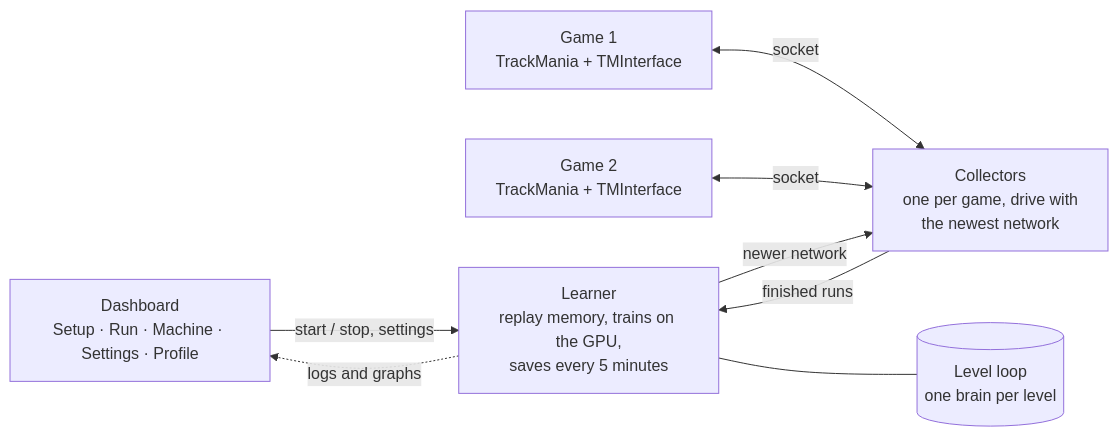
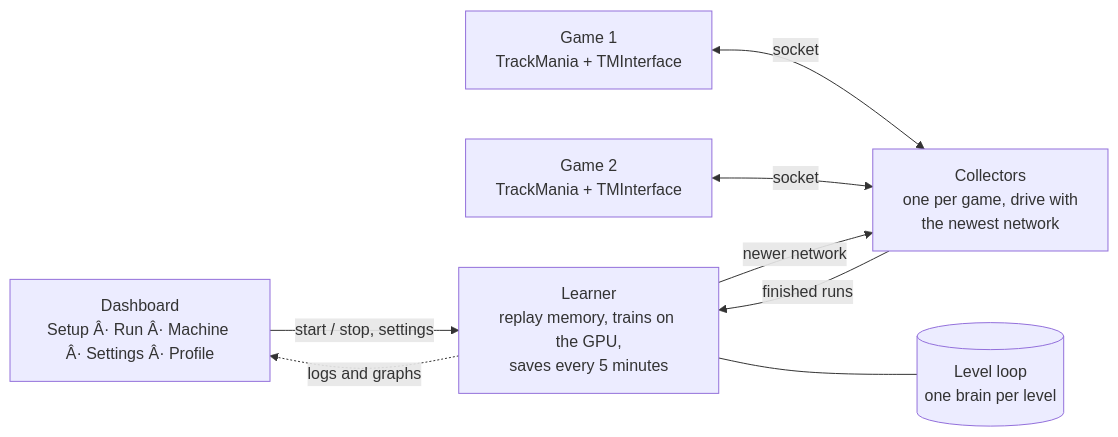
Before and after one commit to Unkn-0-wngb/Revenant: the diagram in docs/HOW_IT_WORKS.md, drawn with Mermaid. The commit also changed other lines of this file and 19 other files, not shown here.

````diff
--- a/docs/HOW_IT_WORKS.md
+++ b/docs/HOW_IT_WORKS.md
@@ -7,16 +7,16 @@
 ```mermaid
 flowchart LR
-    D["Dashboard<br>Setup · Run · Machine · Settings · Profile"]
+    D["Dashboard<br>Setup Â· Run Â· Machine Â· Settings Â· Profile"]
     G1["Game 1<br>TrackMania + TMInterface"]
     G2["Game 2<br>TrackMania + TMInterface"]
     C["Collectors<br>one per game, drive with<br>the newest network"]
     L["Learner<br>replay memory, trains on the GPU,<br>saves every 5 minutes"]
     S[("Level loop<br>one brain per level")]
     D -- "start / stop, settings" --> L
     G1 <-- socket --> C
     G2 <-- socket --> C
     C -- "finished runs" --> L
     L -- "newer network" --> C
     L --- S
     L -. "logs and graphs" .-> D
 ```
````
